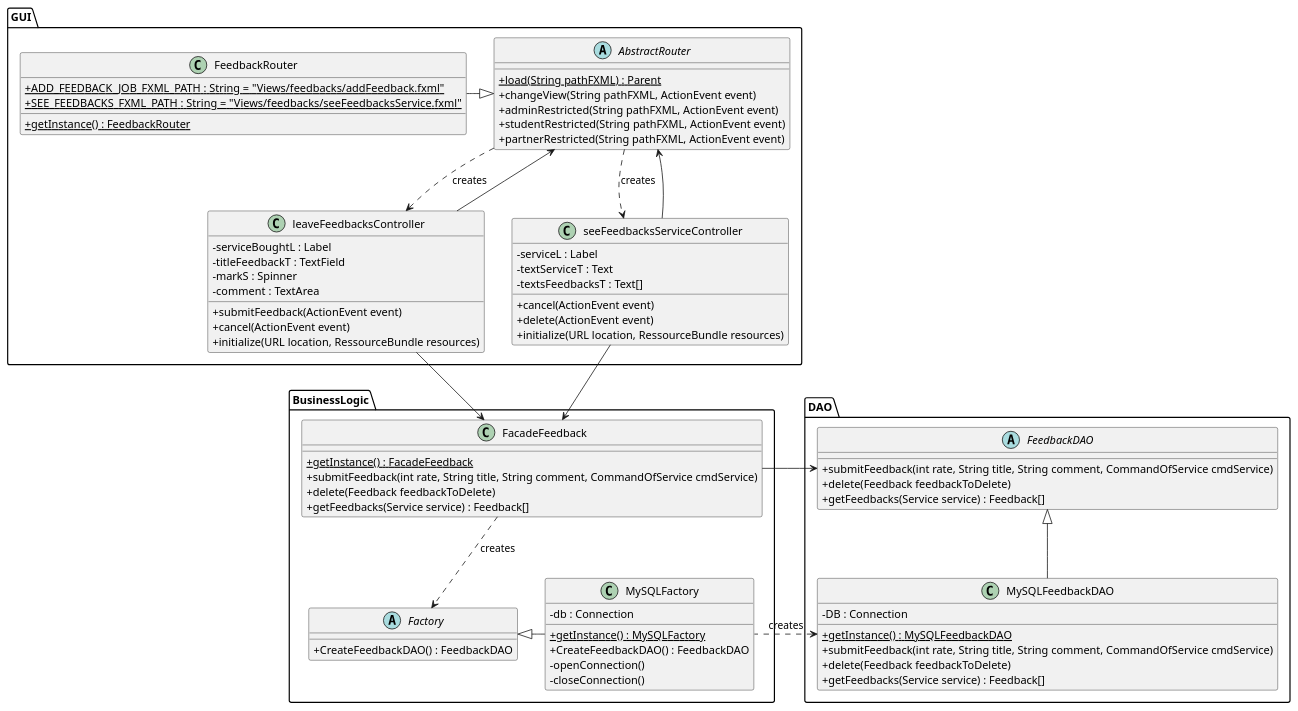
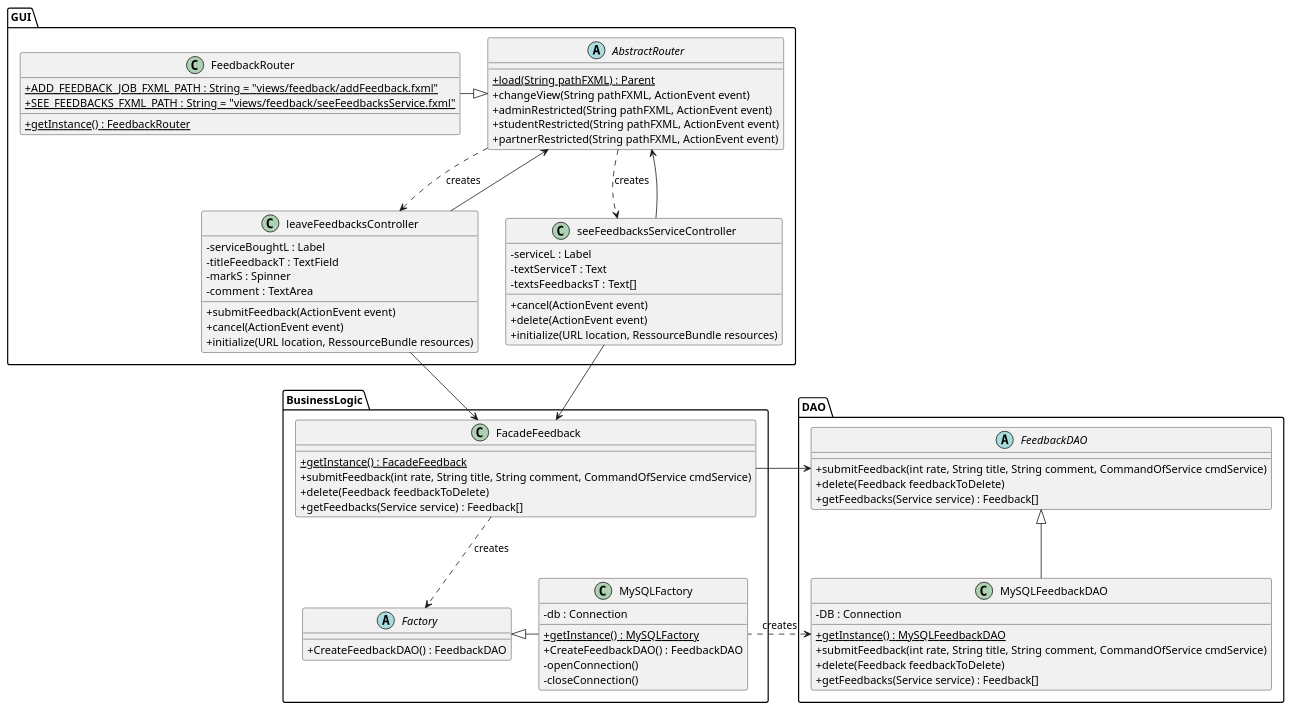
Before and after one commit to guiguie34/StudEasy: the diagram in project_diagrams/classDiagrams/feedbackManagement.puml, drawn with PlantUML. The commit also changed 7 other files, not shown here.

Commit message:
Fix : path views in the routers

```diff
--- a/project_diagrams/classDiagrams/feedbackManagement.puml
+++ b/project_diagrams/classDiagrams/feedbackManagement.puml
@@ -1,97 +1,97 @@
 @startuml
 skinparam classAttributeIconSize 0
 
 package GUI{
     abstract class AbstractRouter{
         + {static} load(String pathFXML) : Parent
         + changeView(String pathFXML, ActionEvent event)
         + adminRestricted(String pathFXML, ActionEvent event)
         + studentRestricted(String pathFXML, ActionEvent event)
         + partnerRestricted(String pathFXML, ActionEvent event)
     }
 
     class FeedbackRouter{
-        + {static} ADD_FEEDBACK_JOB_FXML_PATH : String = "Views/feedbacks/addFeedback.fxml"
-        + {static} SEE_FEEDBACKS_FXML_PATH : String = "Views/feedbacks/seeFeedbacksService.fxml"
+        + {static} ADD_FEEDBACK_JOB_FXML_PATH : String = "views/feedback/addFeedback.fxml"
+        + {static} SEE_FEEDBACKS_FXML_PATH : String = "views/feedback/seeFeedbacksService.fxml"
         + {static} getInstance() : FeedbackRouter
 
     }
 
     class leaveFeedbacksController{
         - serviceBoughtL : Label
         - titleFeedbackT : TextField
         - markS : Spinner
         - comment : TextArea
         + submitFeedback(ActionEvent event)
         + cancel(ActionEvent event)
         + initialize(URL location, RessourceBundle resources)
     }
 
     class seeFeedbacksServiceController{
         - serviceL : Label
         - textServiceT : Text
         - textsFeedbacksT : Text[]
         + cancel(ActionEvent event)
         + delete(ActionEvent event)
         + initialize(URL location, RessourceBundle resources)
     }
 
     FeedbackRouter -right-|> AbstractRouter
 
     leaveFeedbacksController --> AbstractRouter
     seeFeedbacksServiceController --> AbstractRouter
 
     AbstractRouter ..> leaveFeedbacksController : creates
     AbstractRouter ..> seeFeedbacksServiceController : creates
 }
 
 package BusinessLogic{
     class FacadeFeedback{
         + {static} getInstance() : FacadeFeedback
         + submitFeedback(int rate, String title, String comment, CommandOfService cmdService)
         + delete(Feedback feedbackToDelete)
         + getFeedbacks(Service service) : Feedback[]
     }
 
     abstract class Factory{
         + CreateFeedbackDAO() : FeedbackDAO
     }
 
     class MySQLFactory{
         - db : Connection
         + {static} getInstance() : MySQLFactory
         + CreateFeedbackDAO() : FeedbackDAO
         - openConnection()
         - closeConnection()
     }
 
     leaveFeedbacksController --> FacadeFeedback
     seeFeedbacksServiceController --> FacadeFeedback
 
     FacadeFeedback ..> Factory  : creates
     MySQLFactory -left-|> Factory
 }
 
 package DAO{
     abstract class FeedbackDAO{
         + submitFeedback(int rate, String title, String comment, CommandOfService cmdService)
         + delete(Feedback feedbackToDelete)
         + getFeedbacks(Service service) : Feedback[]
     }
 
     class MySQLFeedbackDAO{
         - DB : Connection
         + {static} getInstance() : MySQLFeedbackDAO
         + submitFeedback(int rate, String title, String comment, CommandOfService cmdService)
         + delete(Feedback feedbackToDelete)
         + getFeedbacks(Service service) : Feedback[]
     }
 
     MySQLFeedbackDAO -up-|> FeedbackDAO
     FeedbackDAO <-right- FacadeFeedback
 
     MySQLFeedbackDAO <.right. MySQLFactory : creates
 
 }
 
 @enduml
```
